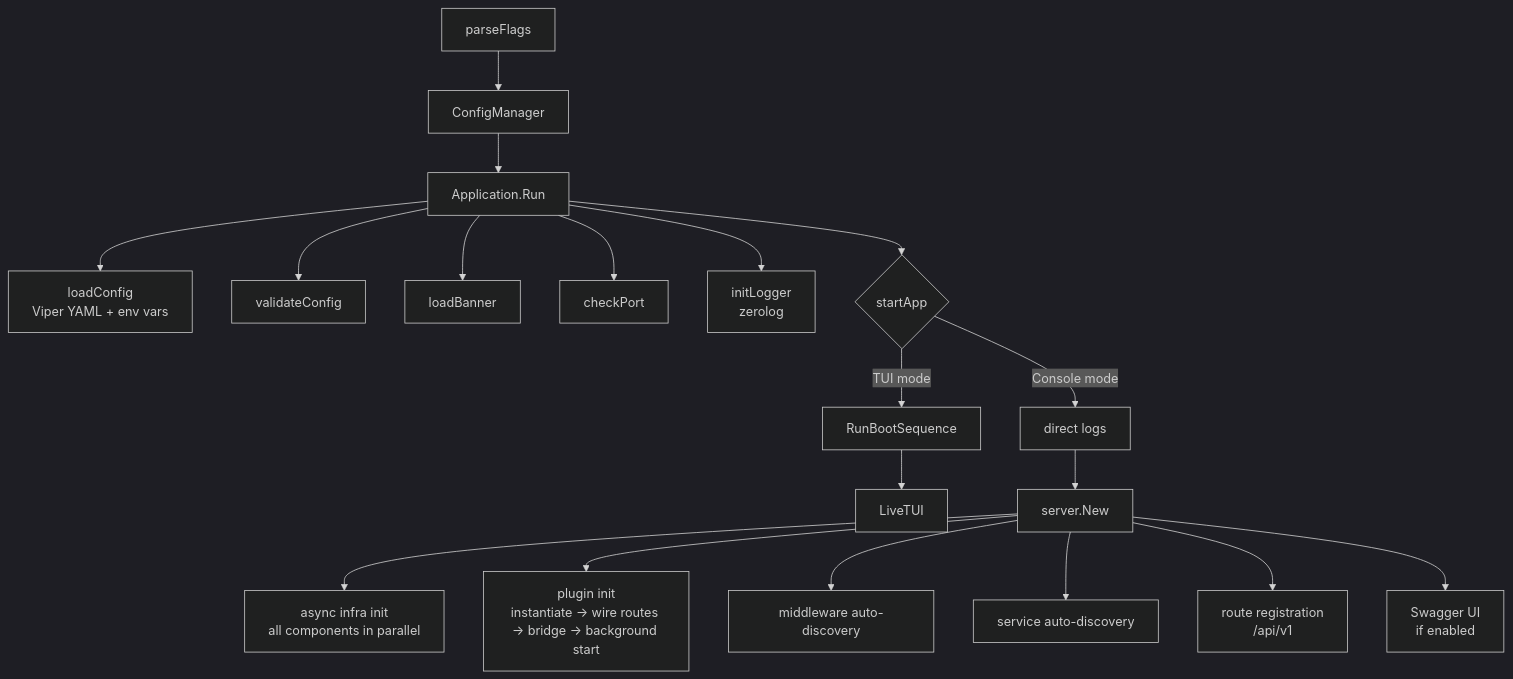
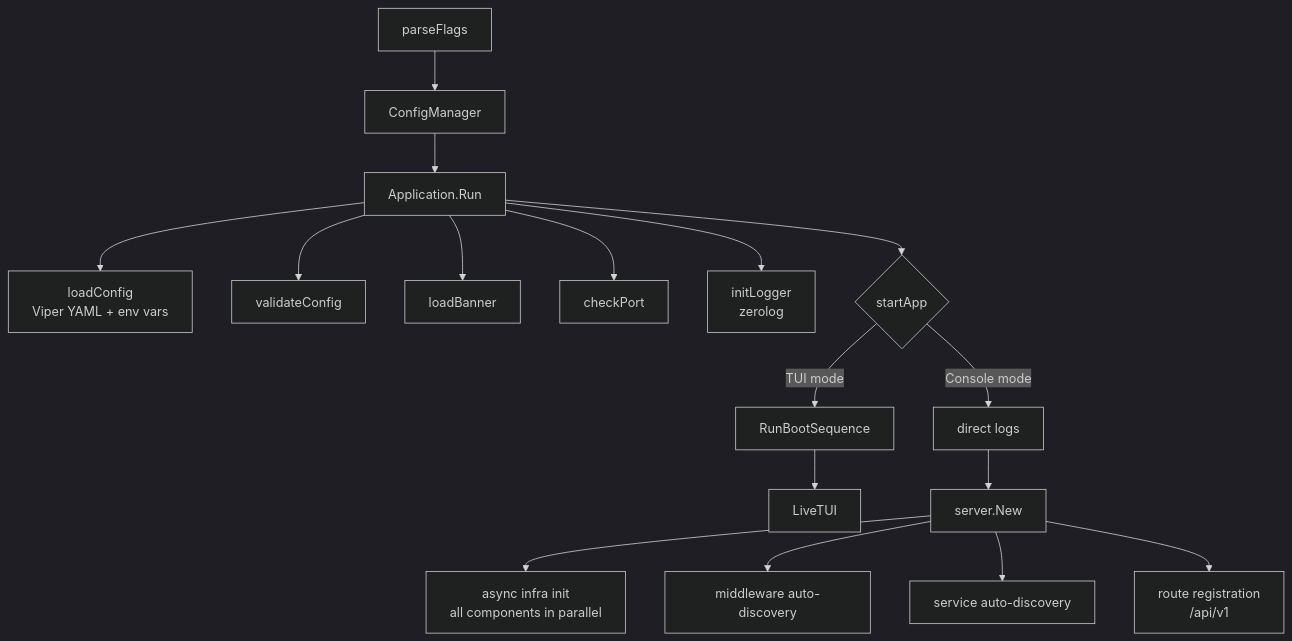
Before and after one commit to diameter-tscd/stackyrd: the first of 3 diagrams in docs_wiki/ARCHITECTURE.md, drawn with Mermaid (dark theme). The commit also changed other lines of this file and 200 other files, not shown here.

````diff
--- a/docs_wiki/ARCHITECTURE.md
+++ b/docs_wiki/ARCHITECTURE.md
@@ -17,21 +16,19 @@
 ```mermaid
 flowchart TD
     A[parseFlags] --> B[ConfigManager]
     B --> C[Application.Run]
     C --> D[loadConfig<br/>Viper YAML + env vars]
     C --> E[validateConfig]
     C --> F[loadBanner]
     C --> G[checkPort]
     C --> H[initLogger<br/>zerolog]
     C --> I{startApp}
     I -->|TUI mode| J[RunBootSequence]
     J --> K[LiveTUI]
     I -->|Console mode| L[direct logs]
     L --> M[server.New]
     M --> N[async infra init<br/>all components in parallel]
-    M --> O[plugin init<br/>instantiate → wire routes → bridge → background start]
-    M --> P[middleware auto-discovery]
-    M --> Q[service auto-discovery]
-    M --> R[route registration<br/>/api/v1]
-    M --> S[Swagger UI<br/>if enabled]
+    M --> O[middleware auto-discovery]
+    M --> P[service auto-discovery]
+    M --> Q[route registration<br/>/api/v1]
 ```
````
